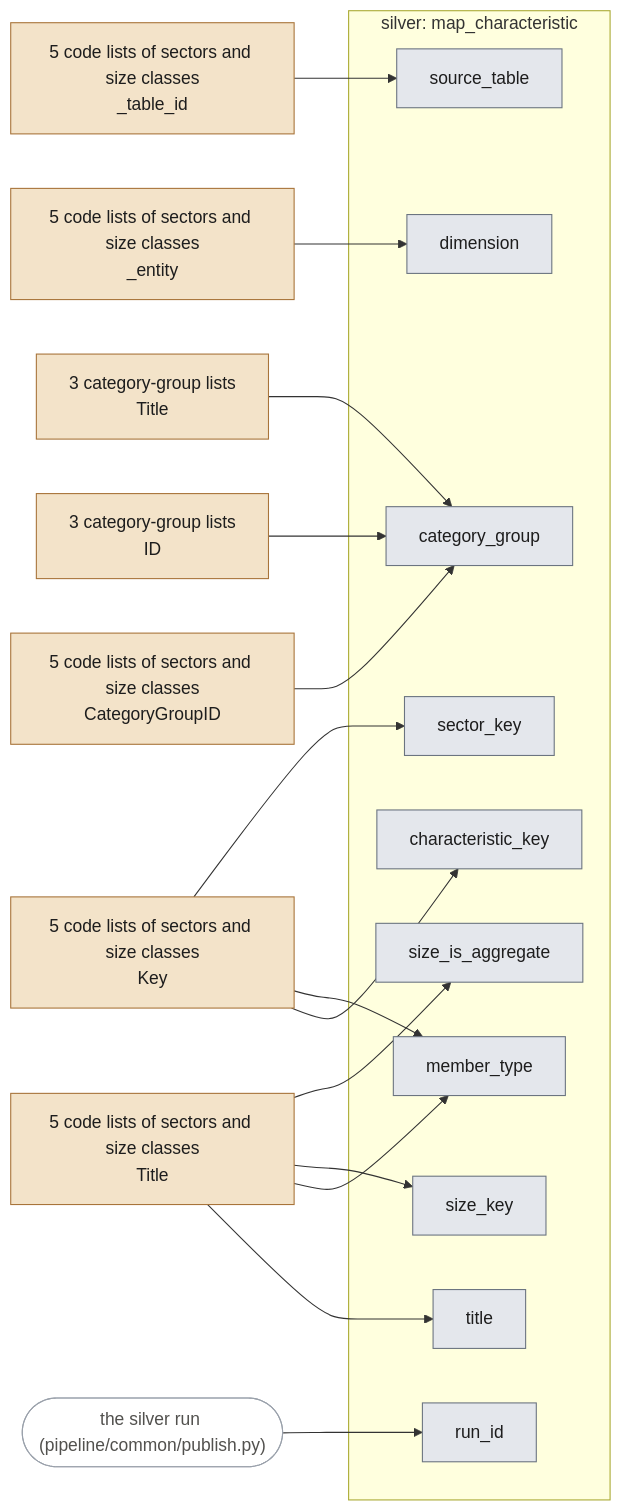
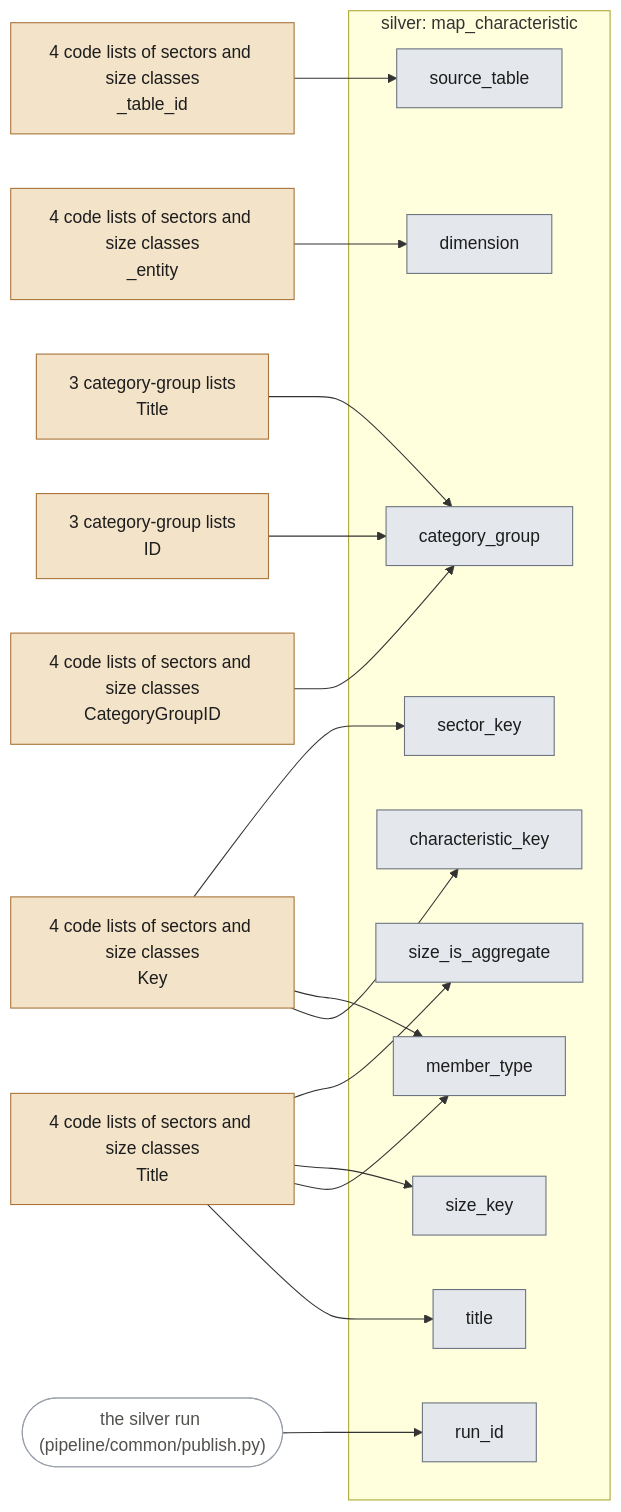
The second of 18 diagrams in docs/lineage.md (stefancodecommit/AOV_Lakehouse), drawn with Mermaid before and after one commit. The commit also changed other lines of this file and 27 other files, not shown here.

First line of the commit message:
Remove CBS 81644NED: no gold table or dashboard page used it

````diff
--- a/docs/lineage.md
+++ b/docs/lineage.md
@@ -136,41 +126,41 @@
 ```mermaid
 flowchart LR
-  n_src_80072ned_bedrijfskenmerkensbi2008_81589ned_bedrijfstakkenbranchessbi2008_81644ned_bedrijfstakkenbranchessbi2008_83130ned_bedrijfskenmerken_86009ned_bedrijfskenmerken_CategoryGroupID["5 code lists of sectors and size classes<br/>CategoryGroupID"]:::bronze
-  n_src_80072ned_bedrijfskenmerkensbi2008_81589ned_bedrijfstakkenbranchessbi2008_81644ned_bedrijfstakkenbranchessbi2008_83130ned_bedrijfskenmerken_86009ned_bedrijfskenmerken_Key["5 code lists of sectors and size classes<br/>Key"]:::bronze
-  n_src_80072ned_bedrijfskenmerkensbi2008_81589ned_bedrijfstakkenbranchessbi2008_81644ned_bedrijfstakkenbranchessbi2008_83130ned_bedrijfskenmerken_86009ned_bedrijfskenmerken_Title["5 code lists of sectors and size classes<br/>Title"]:::bronze
-  n_src_80072ned_bedrijfskenmerkensbi2008_81589ned_bedrijfstakkenbranchessbi2008_81644ned_bedrijfstakkenbranchessbi2008_83130ned_bedrijfskenmerken_86009ned_bedrijfskenmerken__entity["5 code lists of sectors and size classes<br/>_entity"]:::bronze
-  n_src_80072ned_bedrijfskenmerkensbi2008_81589ned_bedrijfstakkenbranchessbi2008_81644ned_bedrijfstakkenbranchessbi2008_83130ned_bedrijfskenmerken_86009ned_bedrijfskenmerken__table_id["5 code lists of sectors and size classes<br/>_table_id"]:::bronze
+  n_src_80072ned_bedrijfskenmerkensbi2008_81589ned_bedrijfstakkenbranchessbi2008_83130ned_bedrijfskenmerken_86009ned_bedrijfskenmerken_CategoryGroupID["4 code lists of sectors and size classes<br/>CategoryGroupID"]:::bronze
+  n_src_80072ned_bedrijfskenmerkensbi2008_81589ned_bedrijfstakkenbranchessbi2008_83130ned_bedrijfskenmerken_86009ned_bedrijfskenmerken_Key["4 code lists of sectors and size classes<br/>Key"]:::bronze
+  n_src_80072ned_bedrijfskenmerkensbi2008_81589ned_bedrijfstakkenbranchessbi2008_83130ned_bedrijfskenmerken_86009ned_bedrijfskenmerken_Title["4 code lists of sectors and size classes<br/>Title"]:::bronze
+  n_src_80072ned_bedrijfskenmerkensbi2008_81589ned_bedrijfstakkenbranchessbi2008_83130ned_bedrijfskenmerken_86009ned_bedrijfskenmerken__entity["4 code lists of sectors and size classes<br/>_entity"]:::bronze
+  n_src_80072ned_bedrijfskenmerkensbi2008_81589ned_bedrijfstakkenbranchessbi2008_83130ned_bedrijfskenmerken_86009ned_bedrijfskenmerken__table_id["4 code lists of sectors and size classes<br/>_table_id"]:::bronze
   n_src_80072ned_categorygroups_83130ned_categorygroups_86009ned_categorygroups_ID["3 category-group lists<br/>ID"]:::bronze
   n_src_80072ned_categorygroups_83130ned_categorygroups_86009ned_categorygroups_Title["3 category-group lists<br/>Title"]:::bronze
   run(["the silver run (pipeline/common/publish.py)"]):::run
   subgraph n_tbl_map_characteristic["silver: map_characteristic"]
     n_col_source_table["source_table"]:::silver
     n_col_dimension["dimension"]:::silver
     n_col_characteristic_key["characteristic_key"]:::silver
     n_col_title["title"]:::silver
     n_col_category_group["category_group"]:::silver
     n_col_member_type["member_type"]:::silver
     n_col_sector_key["sector_key"]:::silver
     n_col_size_key["size_key"]:::silver
     n_col_size_is_aggregate["size_is_aggregate"]:::silver
     n_col_run_id["run_id"]:::silver
   end
-  n_src_80072ned_bedrijfskenmerkensbi2008_81589ned_bedrijfstakkenbranchessbi2008_81644ned_bedrijfstakkenbranchessbi2008_83130ned_bedrijfskenmerken_86009ned_bedrijfskenmerken__table_id --> n_col_source_table
-  n_src_80072ned_bedrijfskenmerkensbi2008_81589ned_bedrijfstakkenbranchessbi2008_81644ned_bedrijfstakkenbranchessbi2008_83130ned_bedrijfskenmerken_86009ned_bedrijfskenmerken__entity --> n_col_dimension
-  n_src_80072ned_bedrijfskenmerkensbi2008_81589ned_bedrijfstakkenbranchessbi2008_81644ned_bedrijfstakkenbranchessbi2008_83130ned_bedrijfskenmerken_86009ned_bedrijfskenmerken_Key --> n_col_characteristic_key
-  n_src_80072ned_bedrijfskenmerkensbi2008_81589ned_bedrijfstakkenbranchessbi2008_81644ned_bedrijfstakkenbranchessbi2008_83130ned_bedrijfskenmerken_86009ned_bedrijfskenmerken_Title --> n_col_title
-  n_src_80072ned_bedrijfskenmerkensbi2008_81589ned_bedrijfstakkenbranchessbi2008_81644ned_bedrijfstakkenbranchessbi2008_83130ned_bedrijfskenmerken_86009ned_bedrijfskenmerken_CategoryGroupID --> n_col_category_group
+  n_src_80072ned_bedrijfskenmerkensbi2008_81589ned_bedrijfstakkenbranchessbi2008_83130ned_bedrijfskenmerken_86009ned_bedrijfskenmerken__table_id --> n_col_source_table
+  n_src_80072ned_bedrijfskenmerkensbi2008_81589ned_bedrijfstakkenbranchessbi2008_83130ned_bedrijfskenmerken_86009ned_bedrijfskenmerken__entity --> n_col_dimension
+  n_src_80072ned_bedrijfskenmerkensbi2008_81589ned_bedrijfstakkenbranchessbi2008_83130ned_bedrijfskenmerken_86009ned_bedrijfskenmerken_Key --> n_col_characteristic_key
+  n_src_80072ned_bedrijfskenmerkensbi2008_81589ned_bedrijfstakkenbranchessbi2008_83130ned_bedrijfskenmerken_86009ned_bedrijfskenmerken_Title --> n_col_title
+  n_src_80072ned_bedrijfskenmerkensbi2008_81589ned_bedrijfstakkenbranchessbi2008_83130ned_bedrijfskenmerken_86009ned_bedrijfskenmerken_CategoryGroupID --> n_col_category_group
   n_src_80072ned_categorygroups_83130ned_categorygroups_86009ned_categorygroups_ID --> n_col_category_group
   n_src_80072ned_categorygroups_83130ned_categorygroups_86009ned_categorygroups_Title --> n_col_category_group
-  n_src_80072ned_bedrijfskenmerkensbi2008_81589ned_bedrijfstakkenbranchessbi2008_81644ned_bedrijfstakkenbranchessbi2008_83130ned_bedrijfskenmerken_86009ned_bedrijfskenmerken_Key --> n_col_member_type
-  n_src_80072ned_bedrijfskenmerkensbi2008_81589ned_bedrijfstakkenbranchessbi2008_81644ned_bedrijfstakkenbranchessbi2008_83130ned_bedrijfskenmerken_86009ned_bedrijfskenmerken_Title --> n_col_member_type
-  n_src_80072ned_bedrijfskenmerkensbi2008_81589ned_bedrijfstakkenbranchessbi2008_81644ned_bedrijfstakkenbranchessbi2008_83130ned_bedrijfskenmerken_86009ned_bedrijfskenmerken_Key --> n_col_sector_key
-  n_src_80072ned_bedrijfskenmerkensbi2008_81589ned_bedrijfstakkenbranchessbi2008_81644ned_bedrijfstakkenbranchessbi2008_83130ned_bedrijfskenmerken_86009ned_bedrijfskenmerken_Title --> n_col_size_key
-  n_src_80072ned_bedrijfskenmerkensbi2008_81589ned_bedrijfstakkenbranchessbi2008_81644ned_bedrijfstakkenbranchessbi2008_83130ned_bedrijfskenmerken_86009ned_bedrijfskenmerken_Title --> n_col_size_is_aggregate
+  n_src_80072ned_bedrijfskenmerkensbi2008_81589ned_bedrijfstakkenbranchessbi2008_83130ned_bedrijfskenmerken_86009ned_bedrijfskenmerken_Key --> n_col_member_type
+  n_src_80072ned_bedrijfskenmerkensbi2008_81589ned_bedrijfstakkenbranchessbi2008_83130ned_bedrijfskenmerken_86009ned_bedrijfskenmerken_Title --> n_col_member_type
+  n_src_80072ned_bedrijfskenmerkensbi2008_81589ned_bedrijfstakkenbranchessbi2008_83130ned_bedrijfskenmerken_86009ned_bedrijfskenmerken_Key --> n_col_sector_key
+  n_src_80072ned_bedrijfskenmerkensbi2008_81589ned_bedrijfstakkenbranchessbi2008_83130ned_bedrijfskenmerken_86009ned_bedrijfskenmerken_Title --> n_col_size_key
+  n_src_80072ned_bedrijfskenmerkensbi2008_81589ned_bedrijfstakkenbranchessbi2008_83130ned_bedrijfskenmerken_86009ned_bedrijfskenmerken_Title --> n_col_size_is_aggregate
   run --> n_col_run_id
   classDef bronze fill:#f3e3c9,stroke:#a8743a,color:#1d1d1d
   classDef silver fill:#e4e7ec,stroke:#6b7480,color:#1d1d1d
   classDef gold fill:#f6ecb8,stroke:#9c7f12,color:#1d1d1d
   classDef silverref fill:#f2f3f5,stroke:#9aa1ab,stroke-dasharray:4 3,color:#1d1d1d
   classDef run fill:#ffffff,stroke:#9aa1ab,color:#52514e
 ```
````
